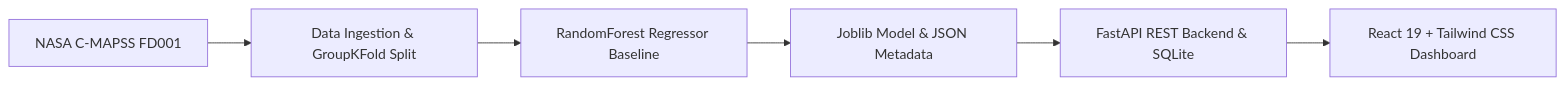
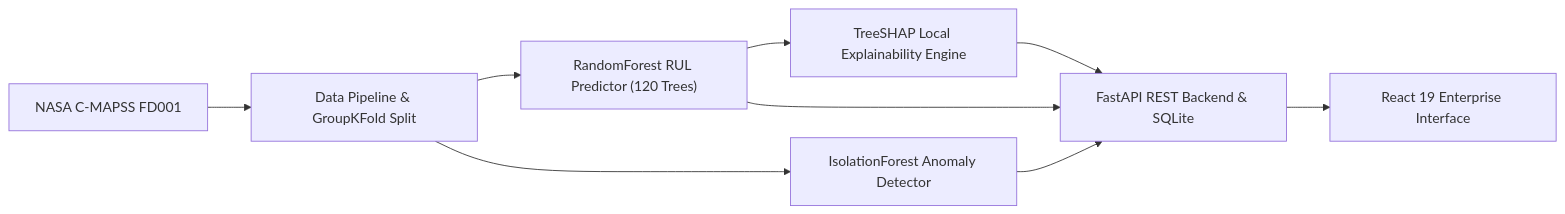
One commit to ankitnapit24/Nex-Aero changed the diagram in README.md. Above: the diagram before and after it, drawn with Mermaid. The commit also changed other lines of this file and 22 other files, not shown here.

Commit message:
Complete engineering audit, sensor_6 integrity, IsolationForest, TreeSHAP, and persistent alerts

````diff
--- a/README.md
+++ b/README.md
@@ -19,8 +19,11 @@
 ```mermaid
 flowchart LR
-    A[NASA C-MAPSS FD001] --> B[Data Ingestion & GroupKFold Split]
-    B --> C[RandomForest Regressor Baseline]
-    C --> D[Joblib Model & JSON Metadata]
-    D --> E[FastAPI REST Backend & SQLite]
-    E --> F[React 19 + Tailwind CSS Dashboard]
+    A["NASA C-MAPSS FD001"] --> B["Data Pipeline & GroupKFold Split"]
+    B --> C["RandomForest RUL Predictor (120 Trees)"]
+    B --> D["IsolationForest Anomaly Detector"]
+    C --> E["TreeSHAP Local Explainability Engine"]
+    C --> F["FastAPI REST Backend & SQLite"]
+    D --> F
+    E --> F
+    F --> G["React 19 Enterprise Interface"]
 ```
````
